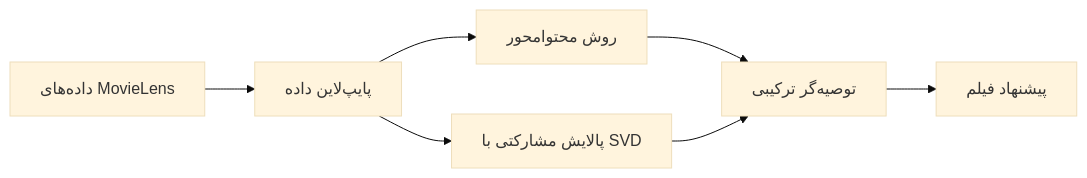
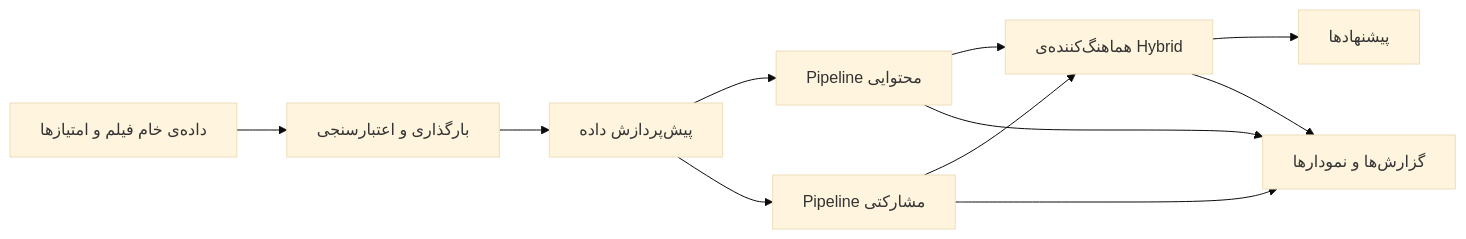
One commit to Hosein-imani/hybrid-recommendation-system changed the third of 4 diagrams in README.md. Above: the diagram before and after it, drawn with Mermaid (base theme). The commit also changed other lines of this file, not shown here.

````diff
--- a/README.md
+++ b/README.md
@@ -103,9 +304,13 @@
-```mermaid
+~~~mermaid
 flowchart LR
-    A[داده‌های MovieLens] --> B[پایپ‌لاین داده]
-    B --> C[روش محتوامحور]
-    B --> D[پالایش مشارکتی با SVD]
-    C --> E[توصیه‌گر ترکیبی]
-    D --> E
-    E --> F[پیشنهاد فیلم]
-```
+    A[داده‌ی خام فیلم و امتیازها] --> B[بارگذاری و اعتبارسنجی]
+    B --> C[پیش‌پردازش داده]
+    C --> D[Pipeline محتوایی]
+    C --> E[Pipeline مشارکتی]
+    D --> F[هماهنگ‌کننده‌ی Hybrid]
+    E --> F
+    F --> G[پیشنهادها]
+    D --> H[گزارش‌ها و نمودارها]
+    E --> H
+    F --> H
+~~~
````
